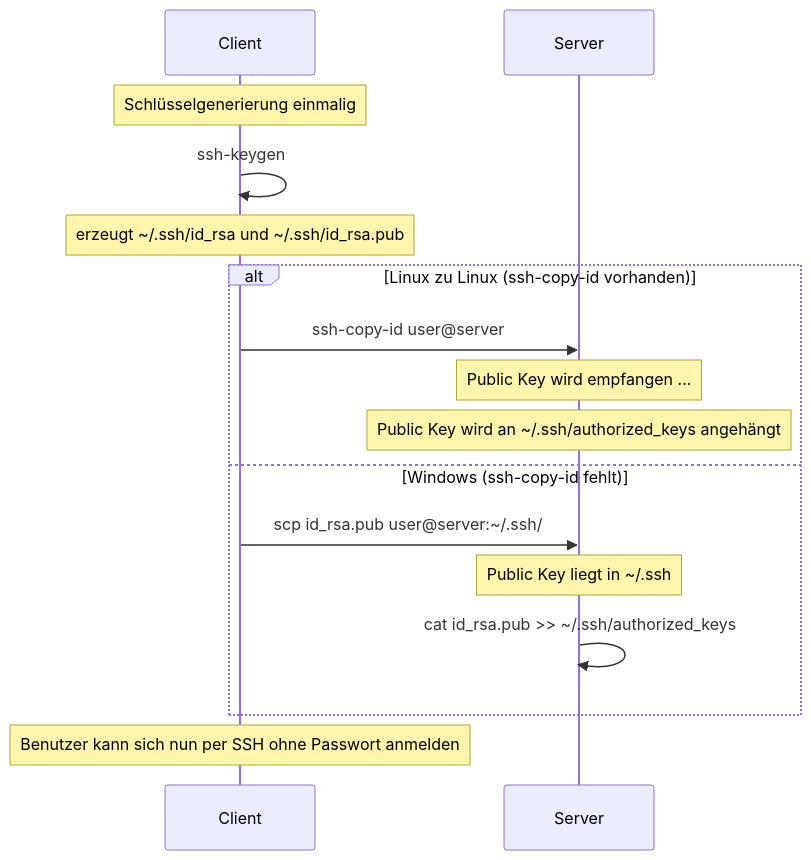
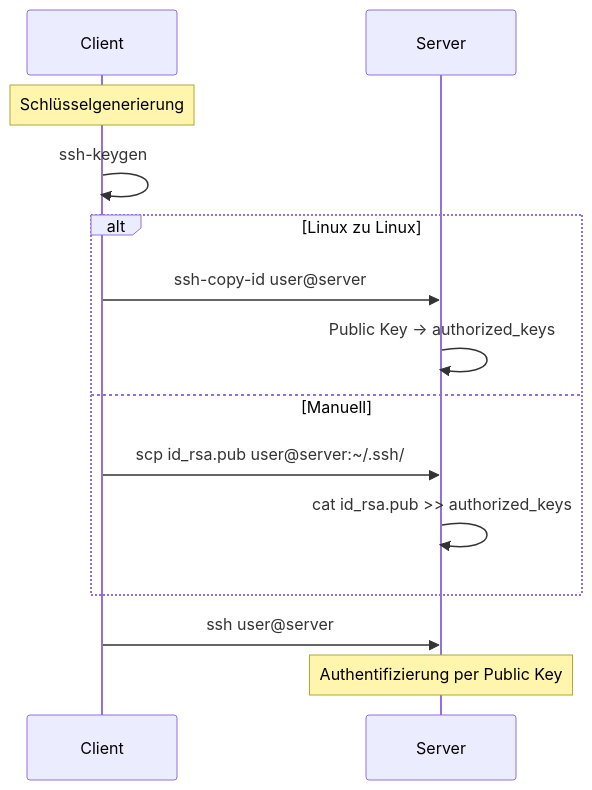
Before and after one commit to seanconroy-dev/FIAE_Umschulung_Notes: the diagram in BS/WED/14-01-2026_BS_WED.md, drawn with Mermaid. The commit also changed other lines of this file, not shown here.

Commit message:
Update SSH authentication content and metadata

````diff
--- a/BS/WED/14-01-2026_BS_WED.md
+++ b/BS/WED/14-01-2026_BS_WED.md
@@ -184,21 +247,19 @@
 ```mermaid
 sequenceDiagram
     participant Client
     participant Server
 
-    Note over Client: Schlüsselgenerierung einmalig
-    Client->>Client: ssh-keygen 
-    Note over Client: erzeugt ~/.ssh/id_rsa und ~/.ssh/id_rsa.pub
+    Note over Client: Schlüsselgenerierung
+    Client->>Client: ssh-keygen
 
-    alt Linux zu Linux (ssh-copy-id vorhanden)
+    alt Linux zu Linux
         Client->>Server: ssh-copy-id user@server
-        Note over Server: Public Key wird empfangen ...
-        Note over Server: Public Key wird an ~/.ssh/authorized_keys angehängt
-    else Windows (ssh-copy-id fehlt)
+        Server->>Server: Public Key -> authorized_keys
+    else Manuell
         Client->>Server: scp id_rsa.pub user@server:~/.ssh/
-        Note over Server: Public Key liegt in ~/.ssh
-        Server->>Server: cat id_rsa.pub >> ~/.ssh/authorized_keys
+        Server->>Server: cat id_rsa.pub >> authorized_keys
     end
 
-    Note over Client: Benutzer kann sich nun per SSH ohne Passwort anmelden
+    Client->>Server: ssh user@server
+    Note over Server: Authentifizierung per Public Key
 ```
````
